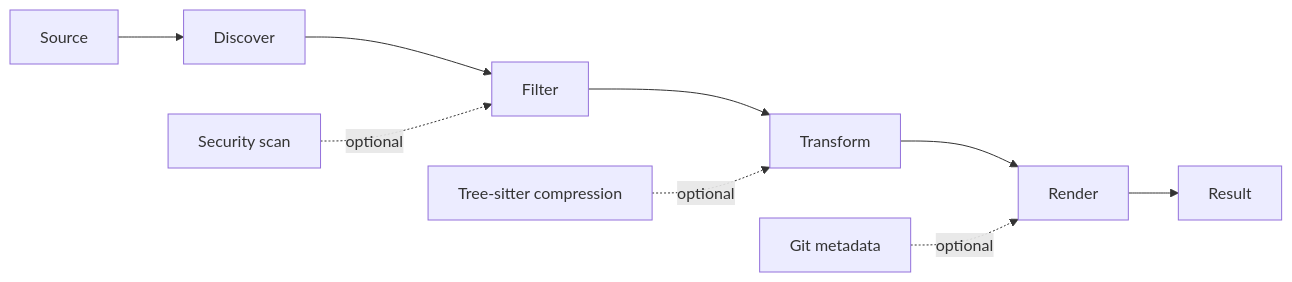
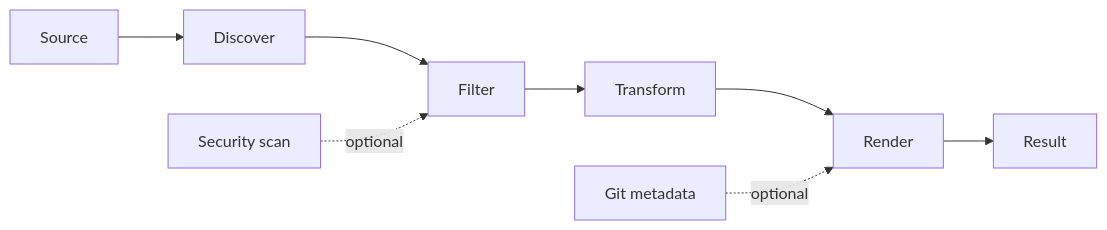
Before and after one commit to meysamhadeli/codemap: the diagram in docs/how-it-works.md, drawn with Mermaid. The commit also changed other lines of this file and 11 other files, not shown here.

````diff
--- a/docs/how-it-works.md
+++ b/docs/how-it-works.md
@@ -12,11 +12,10 @@
 ```mermaid
 flowchart LR
 	A[Source] --> B[Discover]
 	B --> C[Filter]
 	C --> D[Transform]
 	D --> E[Render]
 	E --> F[Result]
 	G[Git metadata] -. optional .-> E
 	H[Security scan] -. optional .-> C
-	I[Tree-sitter compression] -. optional .-> D
 ```
````
